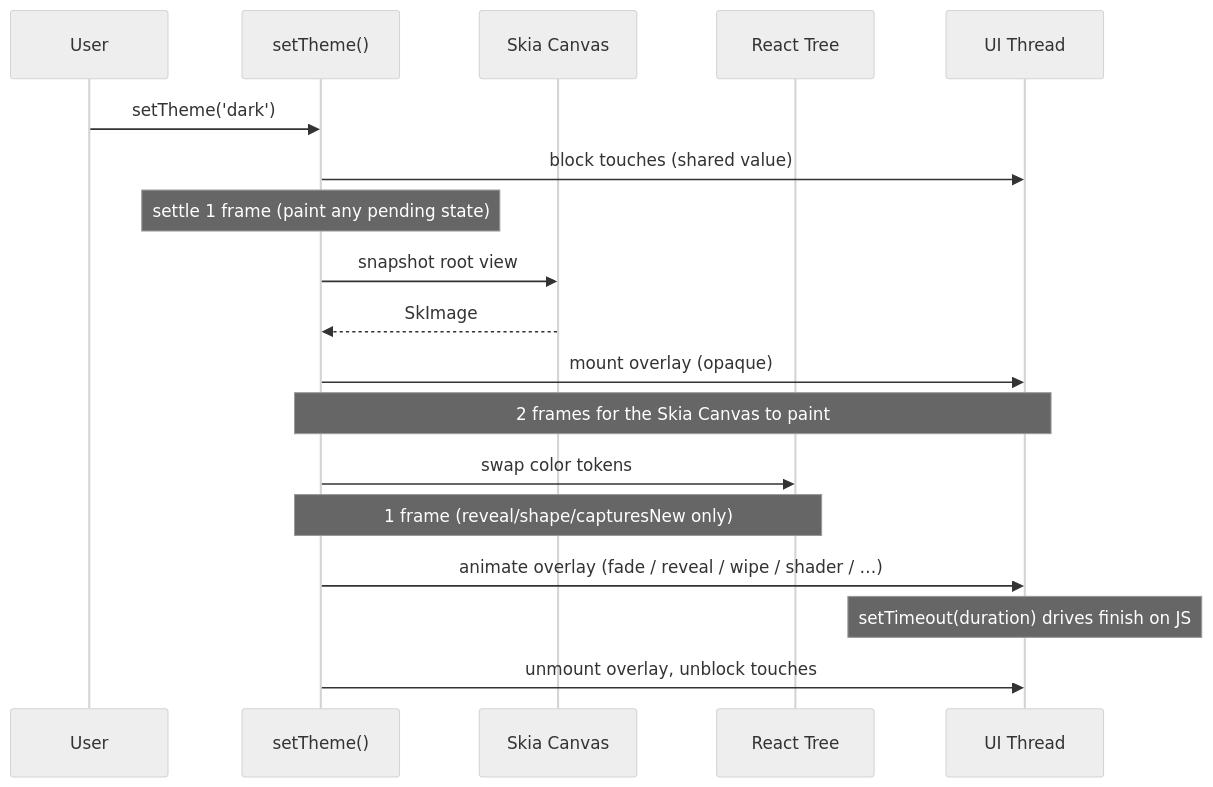
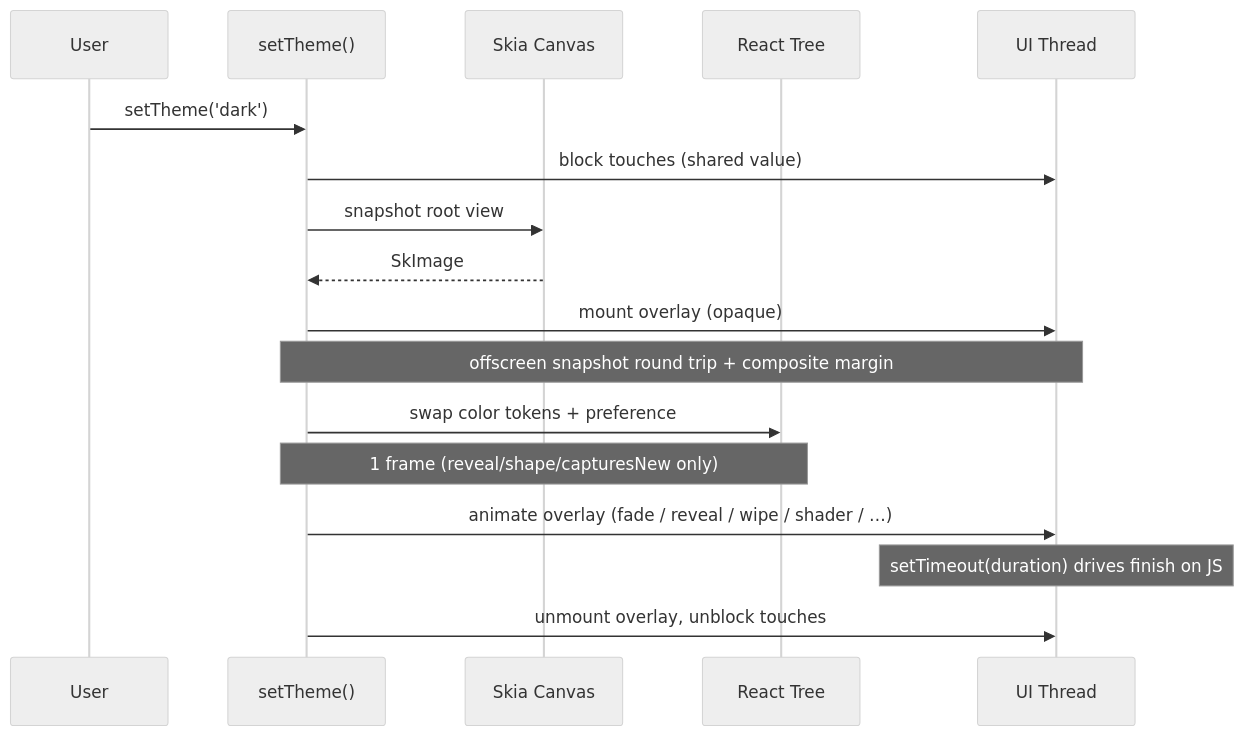
Before and after one commit to marioprieta/react-native-theme-transition: the diagram in docs/content/docs/guides/how-it-works.mdx, drawn with Mermaid (neutral theme). The commit also changed other lines of this file and 37 other files, not shown here.

````diff
--- a/docs/content/docs/guides/how-it-works.mdx
+++ b/docs/content/docs/guides/how-it-works.mdx
@@ -14,21 +14,20 @@
 ```mermaid
 sequenceDiagram
     participant User
     participant Hook as setTheme()
     participant Skia as Skia Canvas
     participant Tree as React Tree
     participant UI as UI Thread
 
     User->>Hook: setTheme('dark')
     Hook->>UI: block touches (shared value)
-    Note over Hook: settle 1 frame (paint any pending state)
     Hook->>Skia: snapshot root view
     Skia-->>Hook: SkImage
     Hook->>UI: mount overlay (opaque)
-    Note over Hook,UI: 2 frames for the Skia Canvas to paint
-    Hook->>Tree: swap color tokens
+    Note over Hook,UI: offscreen snapshot round trip + composite margin
+    Hook->>Tree: swap color tokens + preference
     Note over Hook,Tree: 1 frame (reveal/shape/capturesNew only)
     Hook->>UI: animate overlay (fade / reveal / wipe / shader / …)
     Note over UI: setTimeout(duration) drives finish on JS
     Hook->>UI: unmount overlay, unblock touches
 ```
````
